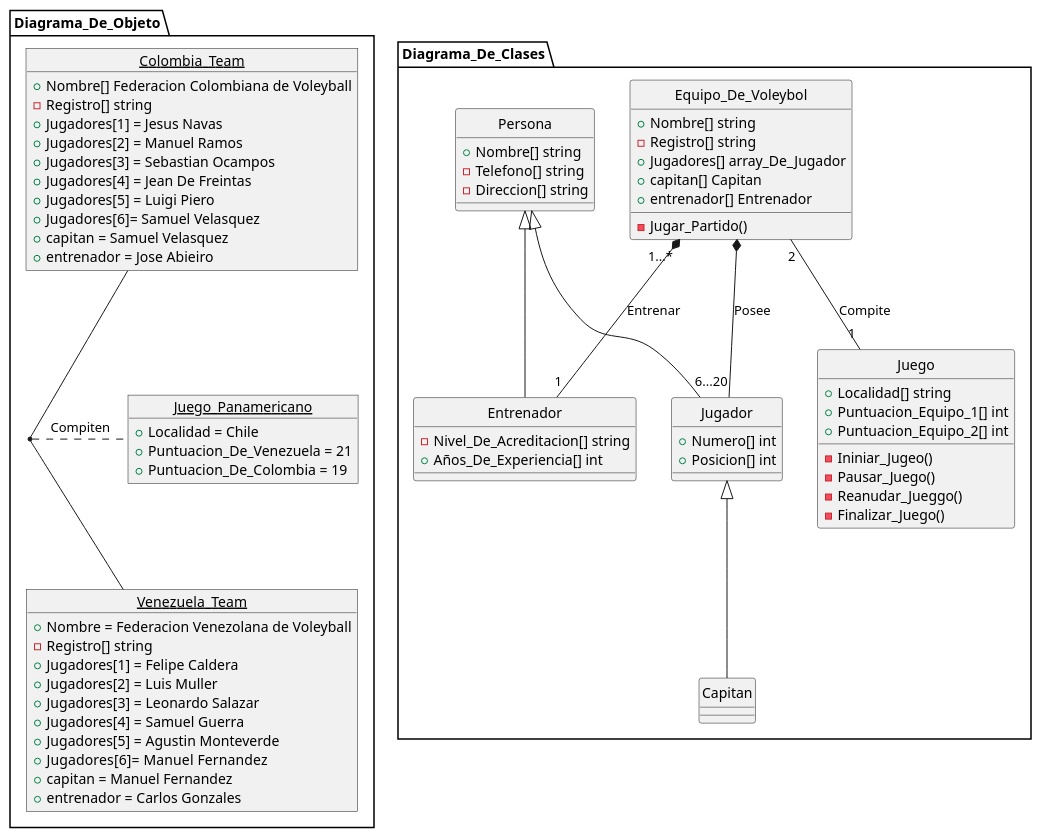
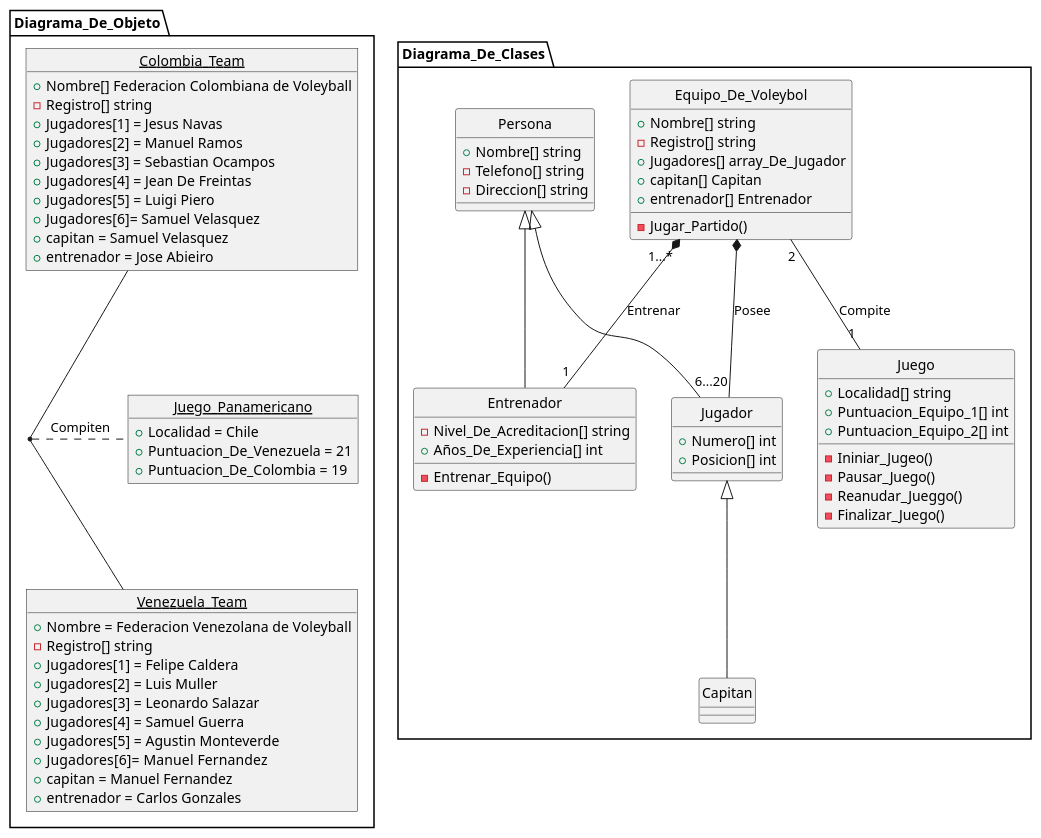
One commit to Carverz/IS-022023 changed the diagram in docs/diagrams/Diagrama_Clases_Ejercicio_F_Practica_2.plantuml. Above: the diagram before and after it, drawn with PlantUML.

Commit message:
Practica N#3. Ejercicios H e I

```diff
--- a/docs/diagrams/Diagrama_Clases_Ejercicio_F_Practica_2.plantuml
+++ b/docs/diagrams/Diagrama_Clases_Ejercicio_F_Practica_2.plantuml
@@ -1,88 +1,89 @@
 @startuml
 
 namespace Diagrama_De_Clases{
    class Equipo_De_Voleybol{
       + Nombre[] string
       - Registro[] string
       + Jugadores[] array_De_Jugador
       + capitan[] Capitan
       + entrenador[] Entrenador
       -Jugar_Partido()
    }
 
    Class Persona {
       + Nombre[] string
       - Telefono[] string
       - Direccion[] string
    }
 
    class Jugador{
       + Numero[] int 
       + Posicion[] int 
    }
 
    class Juego {
       + Localidad[] string
       + Puntuacion_Equipo_1[] int
       + Puntuacion_Equipo_2[] int
       -Ininiar_Jugeo()
       -Pausar_Juego()
       -Reanudar_Jueggo()
       -Finalizar_Juego()
    }
 
    class Entrenador {
       - Nivel_De_Acreditacion[] string
       + Años_De_Experiencia[] int
+      - Entrenar_Equipo()
 
    }
 
 
    skinparam Style strictuml
    Persona  <|-- Jugador
    Persona <|-- Entrenador
    Equipo_De_Voleybol *-- "6...20" Jugador : Posee
    Equipo_De_Voleybol "1...*" *-- "1" Entrenador : Entrenar 
    Jugador <|-- Capitan
    Equipo_De_Voleybol "2" -- "1" Juego : Compite
 
 }
 
 namespace Diagrama_De_Objeto {
  object Venezuela_Team{
    + Nombre = Federacion Venezolana de Voleyball
    - Registro[] string
    + Jugadores[1] = Felipe Caldera
    + Jugadores[2] = Luis Muller
    + Jugadores[3] = Leonardo Salazar
    + Jugadores[4] = Samuel Guerra
    + Jugadores[5] = Agustin Monteverde
    + Jugadores[6]=  Manuel Fernandez
    + capitan = Manuel Fernandez
    + entrenador = Carlos Gonzales 
  }
 
  object Colombia_Team{
    + Nombre[] Federacion Colombiana de Voleyball
    - Registro[] string
    + Jugadores[1] = Jesus Navas
    + Jugadores[2] = Manuel Ramos
    + Jugadores[3] = Sebastian Ocampos
    + Jugadores[4] = Jean De Freintas
    + Jugadores[5] = Luigi Piero
    + Jugadores[6]= Samuel Velasquez
    + capitan = Samuel Velasquez
    + entrenador = Jose Abieiro
  }
  object Juego_Panamericano{
     + Localidad = Chile
     + Puntuacion_De_Venezuela = 21
     + Puntuacion_De_Colombia = 19
  }
 
    Colombia_Team -- Venezuela_Team 
    (Colombia_Team, Venezuela_Team) . Juego_Panamericano : Compiten
 }
 
 
 @enduml
```
